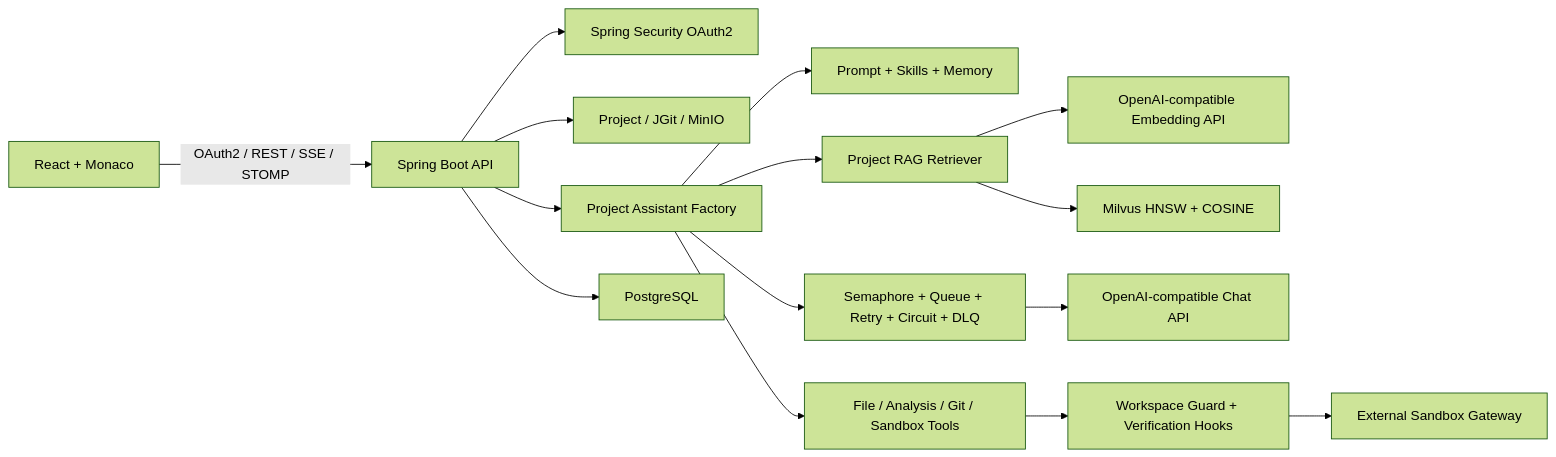
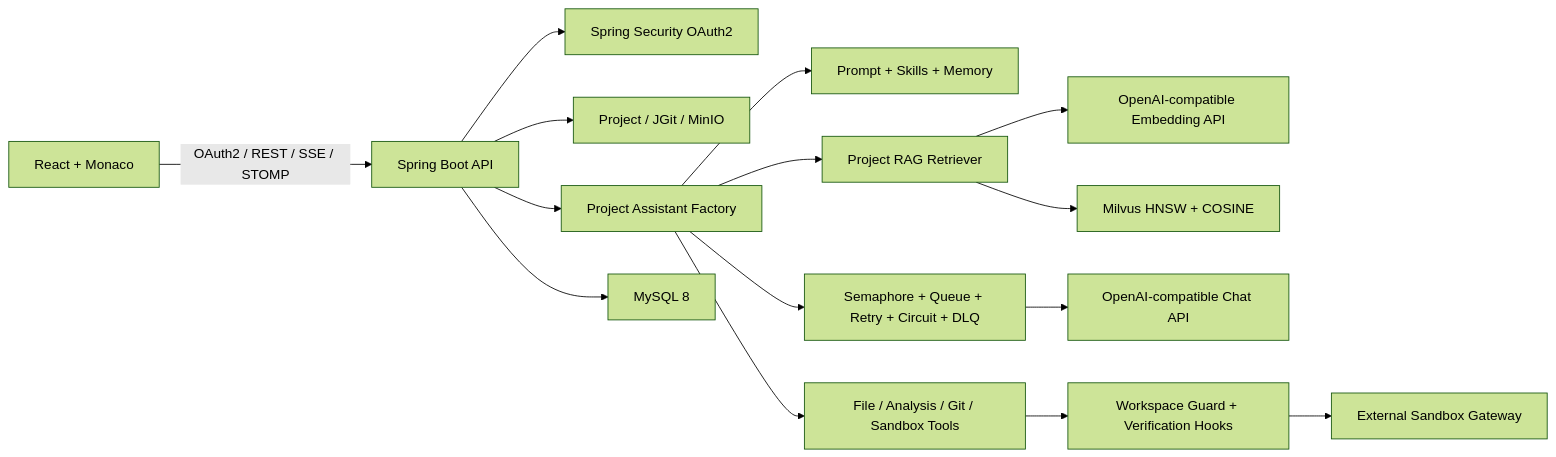
One commit to jjws2001/AI_Coding-project changed the diagram in README.md. Above: the diagram before and after it, drawn with Mermaid (forest theme). The commit also changed other lines of this file and 7 other files, not shown here.

````diff
--- a/README.md
+++ b/README.md
@@ -16,17 +16,17 @@
 ```mermaid
 flowchart LR
     UI["React + Monaco"] -->|OAuth2 / REST / SSE / STOMP| API["Spring Boot API"]
     API --> AUTH["Spring Security OAuth2"]
     API --> PROJECT["Project / JGit / MinIO"]
     API --> FACTORY["Project Assistant Factory"]
     FACTORY --> PROMPT["Prompt + Skills + Memory"]
     FACTORY --> RAG["Project RAG Retriever"]
     FACTORY --> TOOLS["File / Analysis / Git / Sandbox Tools"]
     RAG --> EMB["OpenAI-compatible Embedding API"]
     RAG --> MILVUS["Milvus HNSW + COSINE"]
     FACTORY --> QUEUE["Semaphore + Queue + Retry + Circuit + DLQ"]
     QUEUE --> LLM["OpenAI-compatible Chat API"]
     TOOLS --> HARNESS["Workspace Guard + Verification Hooks"]
     HARNESS --> SANDBOX["External Sandbox Gateway"]
-    API --> PG["PostgreSQL"]
+    API --> MYSQL["MySQL 8"]
 ```
````
